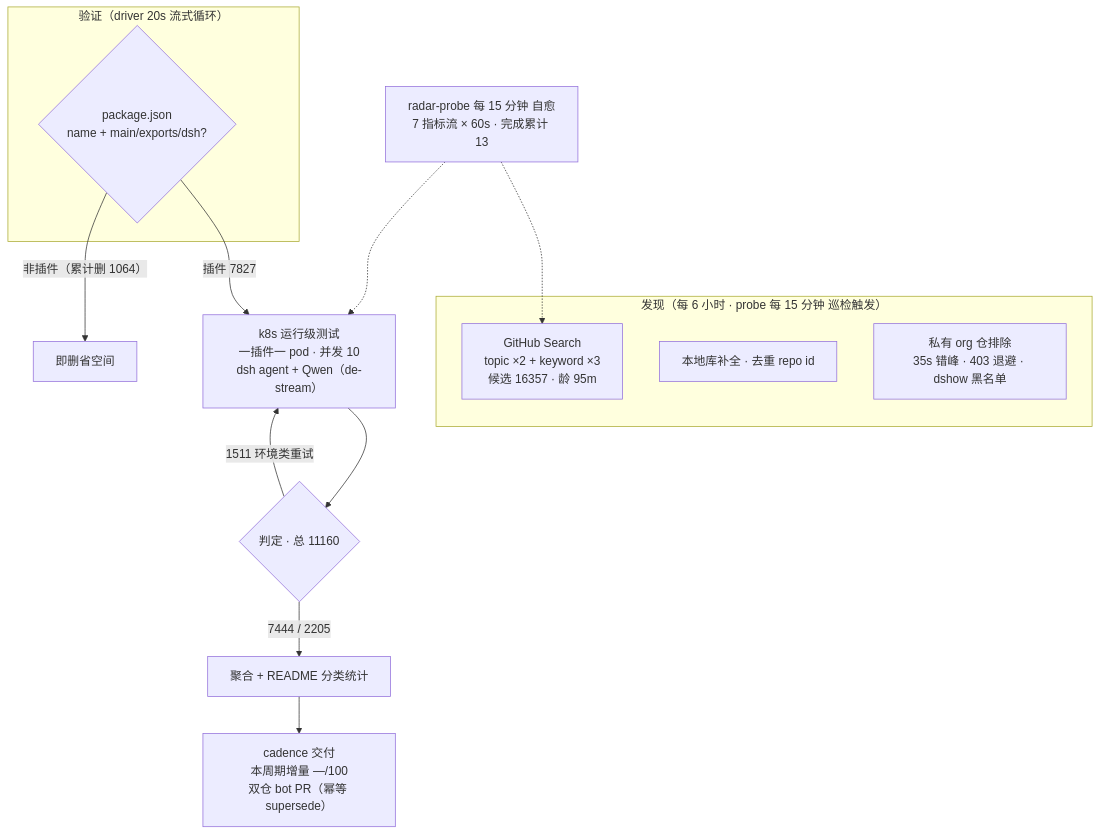
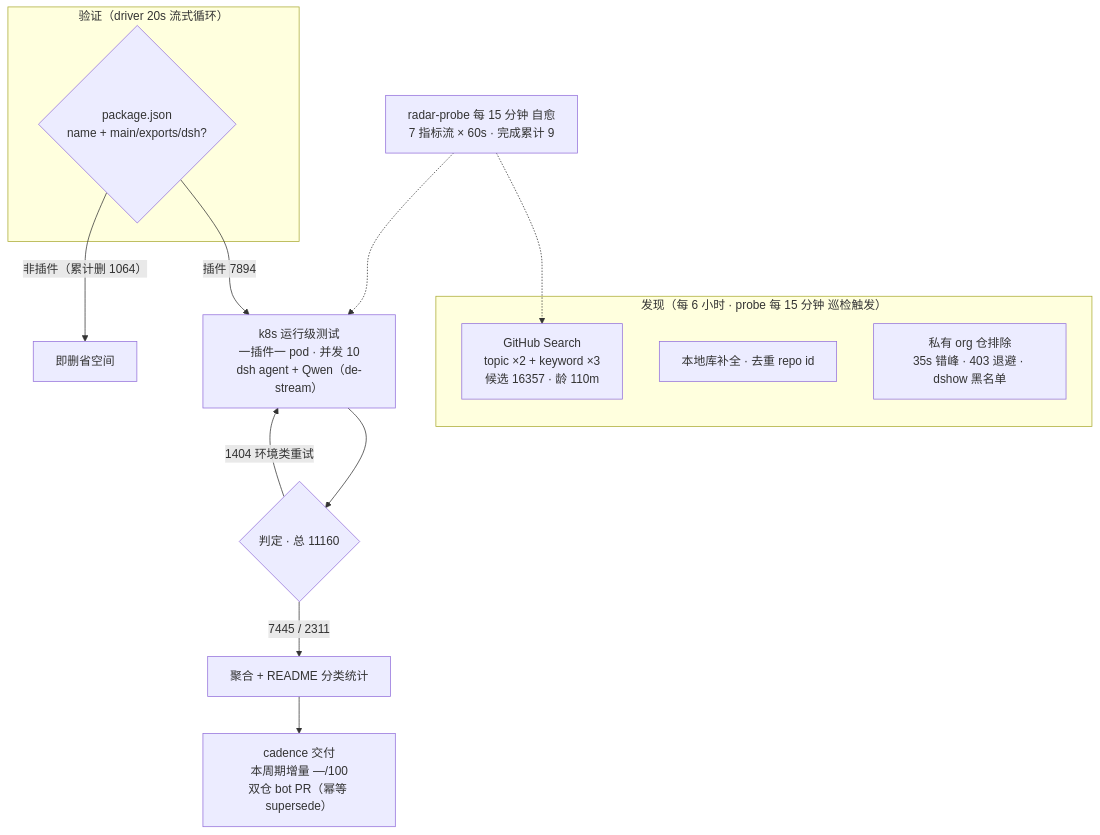
The diagram in README.md (Zhidao-Lab-OSS/awesome-dsh-plugins), drawn with Mermaid before and after one commit. The commit also changed other lines of this file and 1 other file, not shown here.

````diff
--- a/README.md
+++ b/README.md
@@ -52,20 +52,20 @@
 ```mermaid
 flowchart TB
     subgraph Discovery["发现（每 6 小时 · probe 每 15 分钟 巡检触发）"]
-        A1["GitHub Search<br/>topic ×2 + keyword ×3<br/>候选 16357 · 龄 95m"]
+        A1["GitHub Search<br/>topic ×2 + keyword ×3<br/>候选 16357 · 龄 110m"]
         A2["本地库补全 · 去重 repo id"]
         A3["私有 org 仓排除<br/>35s 错峰 · 403 退避 · dshow 黑名单"]
     end
     subgraph Validation["验证（driver 20s 流式循环）"]
         B1{"package.json<br/>name + main/exports/dsh?"}
     end
-    B1 -->|"插件 7827"| C1["k8s 运行级测试<br/>一插件一 pod · 并发 10<br/>dsh agent + Qwen（de-stream）"]
+    B1 -->|"插件 7894"| C1["k8s 运行级测试<br/>一插件一 pod · 并发 10<br/>dsh agent + Qwen（de-stream）"]
     B1 -->|"非插件（累计删 1064）"| B3["即删省空间"]
     C1 --> D1{"判定 · 总 11160"}
-    D1 -->|"7444 / 2205"| E1["聚合 + README 分类统计"]
-    D1 -->|"1511 环境类重试"| C1
+    D1 -->|"7445 / 2311"| E1["聚合 + README 分类统计"]
+    D1 -->|"1404 环境类重试"| C1
     E1 --> E2["cadence 交付<br/>本周期增量 —/100<br/>双仓 bot PR（幂等 supersede）"]
-    M["radar-probe 每 15 分钟 自愈<br/>7 指标流 × 60s · 完成累计 13"]
+    M["radar-probe 每 15 分钟 自愈<br/>7 指标流 × 60s · 完成累计 9"]
     M -.-> A1
     M -.-> C1
 ```
````
